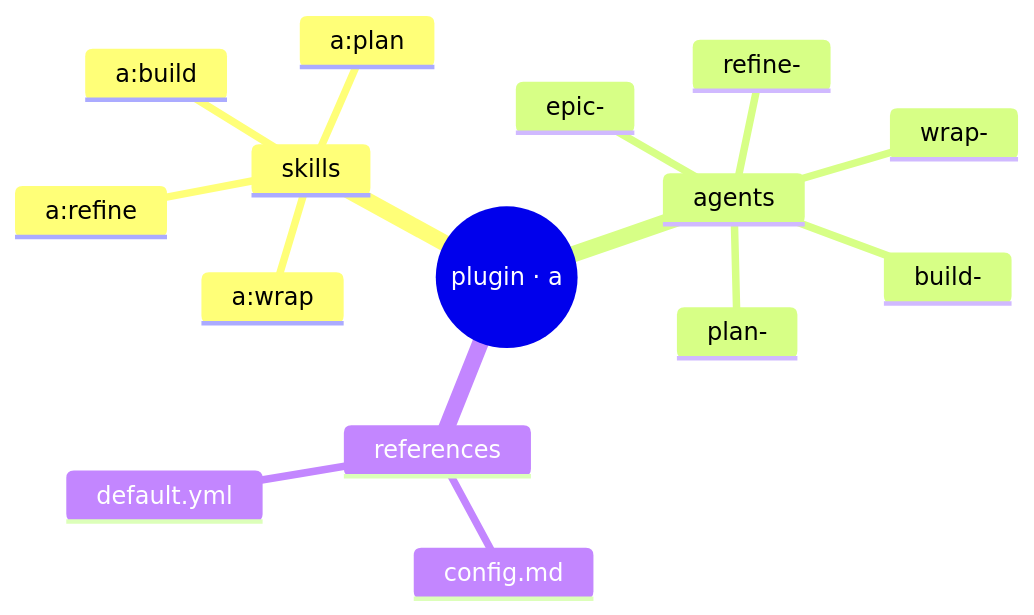
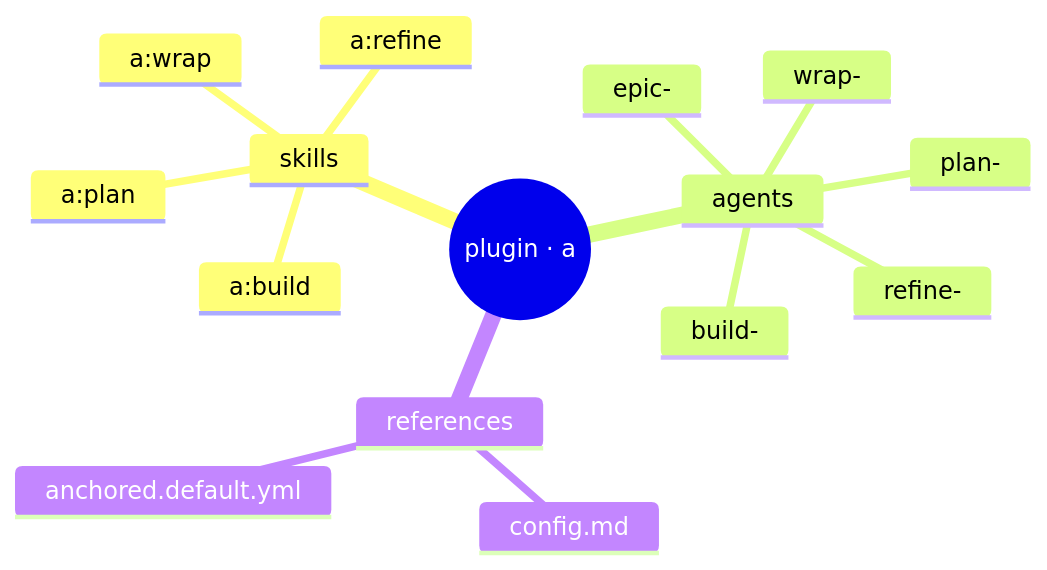
Before and after one commit to chafoo/anchored: the diagram in docs/plugin/_plugin.md, drawn with Mermaid. The commit also changed other lines of this file and 131 other files, not shown here.

````diff
--- a/docs/plugin/_plugin.md
+++ b/docs/plugin/_plugin.md
@@ -10,18 +10,18 @@
 ```mermaid
 mindmap
   root((plugin · a))
     skills
       a:plan
       a:refine
       a:build
       a:wrap
     agents
       plan-
       refine-
       build-
       wrap-
       epic-
     references
       config.md
-      default.yml
+      anchored.default.yml
 ```
````
